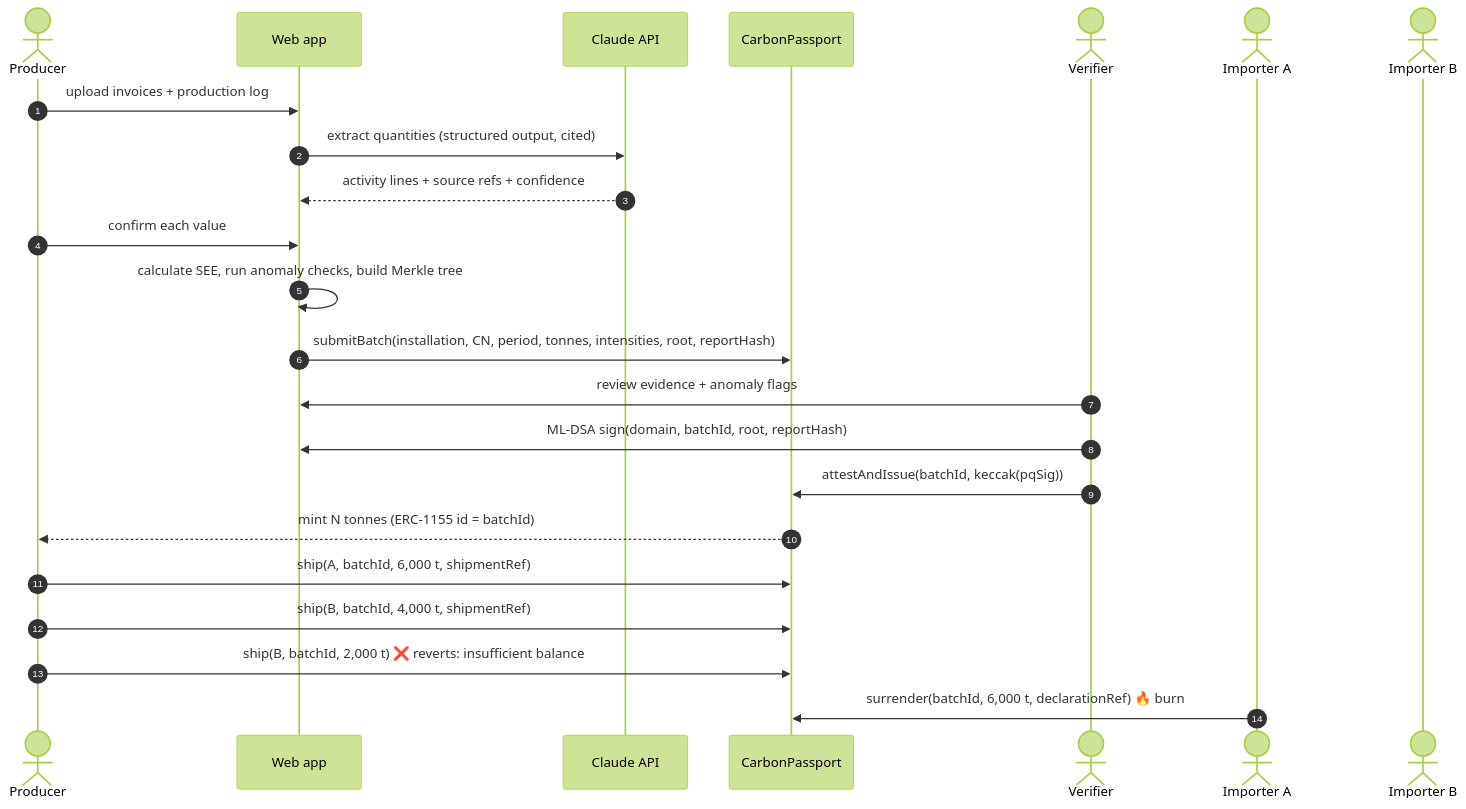
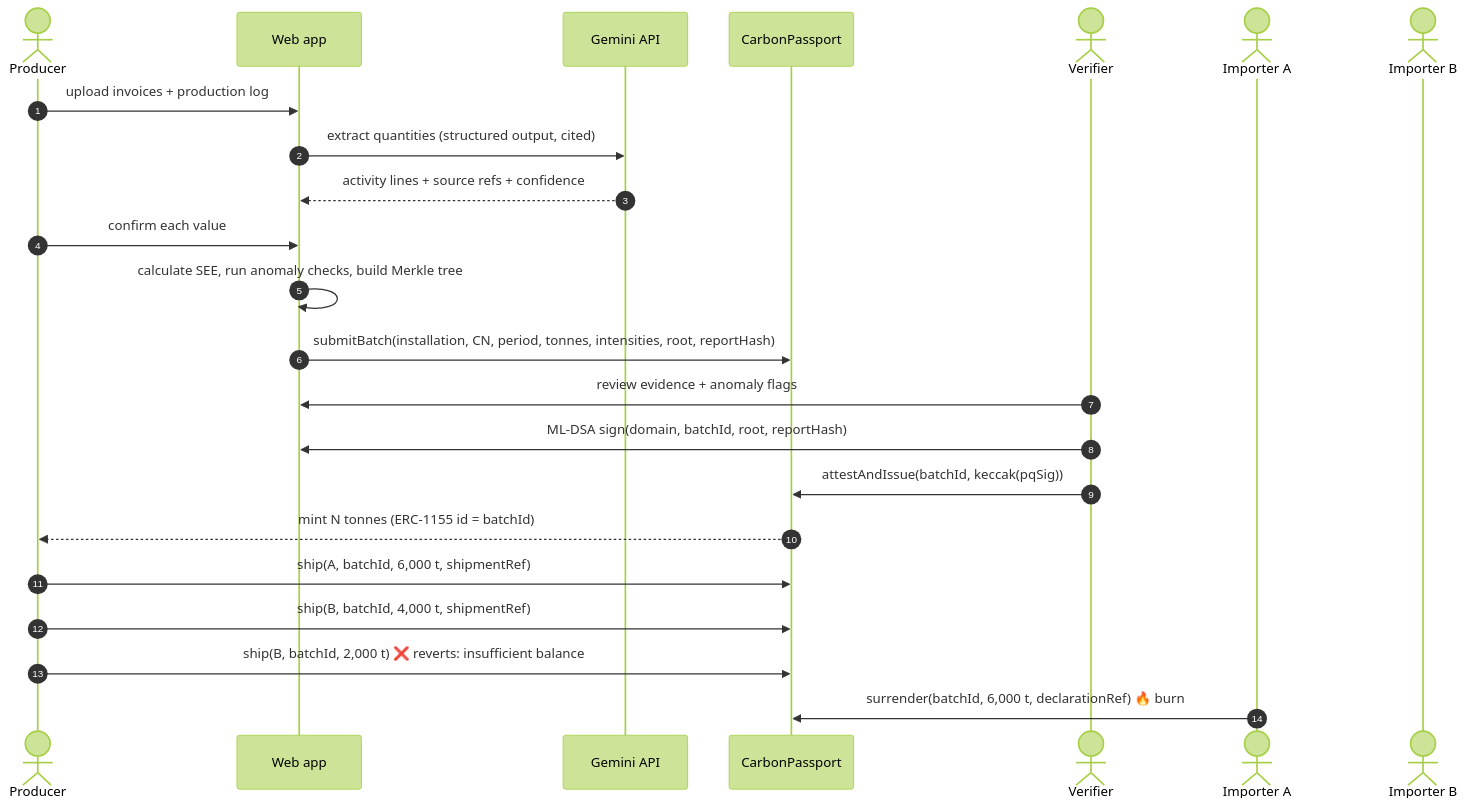
Before and after one commit to johnbosco-j/carbonpass: the second of 2 diagrams in docs/ARCHITECTURE.md, drawn with Mermaid (forest theme). The commit also changed other lines of this file and 7 other files, not shown here.

````diff
--- a/docs/ARCHITECTURE.md
+++ b/docs/ARCHITECTURE.md
@@ -39,26 +39,26 @@
 ```mermaid
 sequenceDiagram
   autonumber
   actor P as Producer
   participant W as Web app
-  participant AI as Claude API
+  participant AI as Gemini API
   participant C as CarbonPassport
   actor V as Verifier
   actor A as Importer A
   actor B as Importer B
 
   P->>W: upload invoices + production log
   W->>AI: extract quantities (structured output, cited)
   AI-->>W: activity lines + source refs + confidence
   P->>W: confirm each value
   W->>W: calculate SEE, run anomaly checks, build Merkle tree
   W->>C: submitBatch(installation, CN, period, tonnes, intensities, root, reportHash)
   V->>W: review evidence + anomaly flags
   V->>W: ML-DSA sign(domain, batchId, root, reportHash)
   V->>C: attestAndIssue(batchId, keccak(pqSig))
   C-->>P: mint N tonnes (ERC-1155 id = batchId)
   P->>C: ship(A, batchId, 6,000 t, shipmentRef)
   P->>C: ship(B, batchId, 4,000 t, shipmentRef)
   P->>C: ship(B, batchId, 2,000 t)  ❌ reverts: insufficient balance
   A->>C: surrender(batchId, 6,000 t, declarationRef)  🔥 burn
 ```
````
